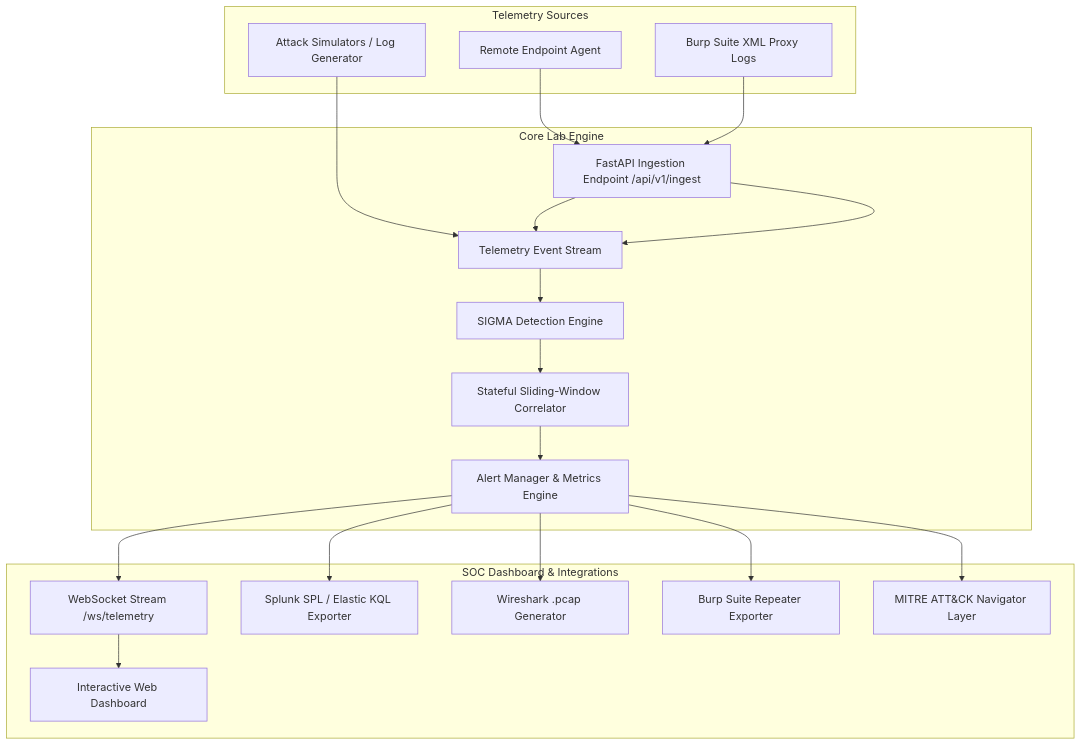
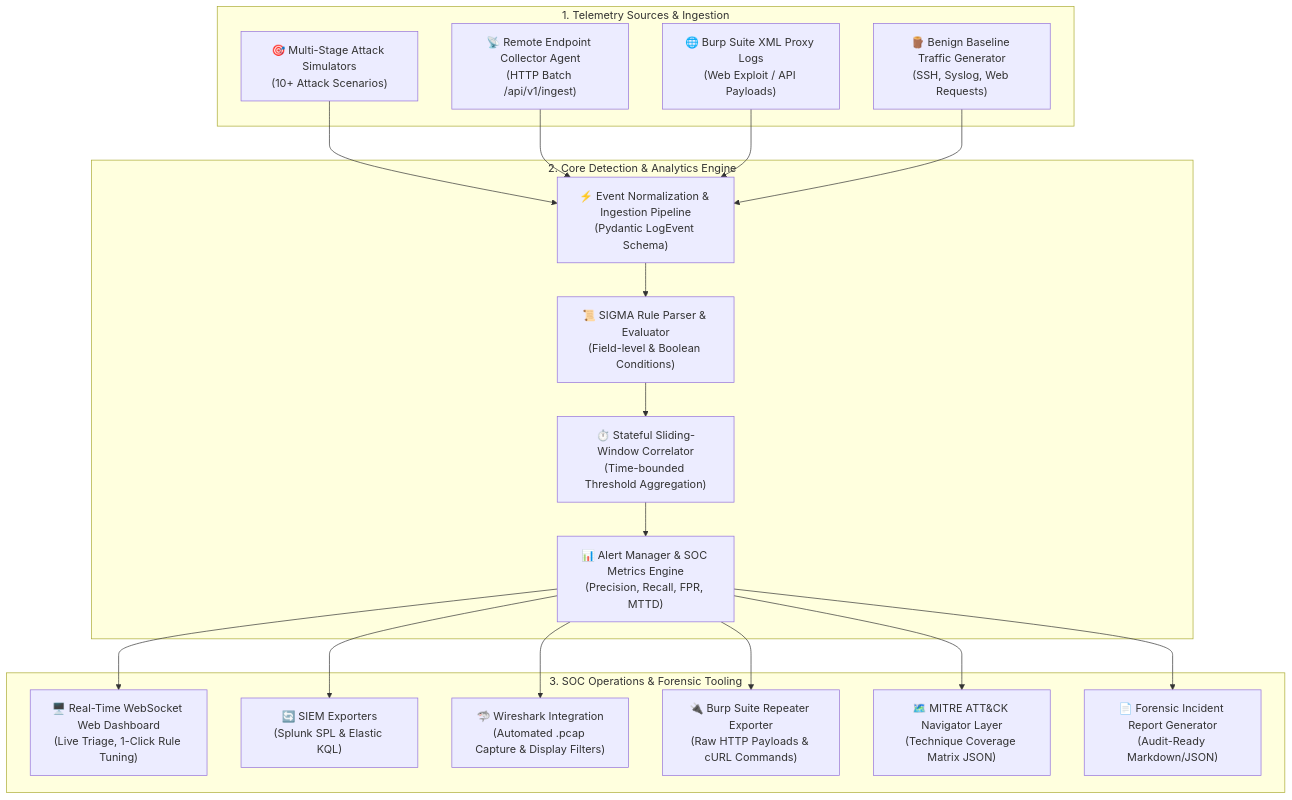
Before and after one commit to kaushalhemant/soc-telemetry-detection-lab: the diagram in README.md, drawn with Mermaid. The commit also changed other lines of this file and 11 other files, not shown here.

Commit message:
feat: add universal live telemetry bridge CLI, real-time client device acquisition, and updated quickstart

````diff
--- a/README.md
+++ b/README.md
@@ -30,35 +15,39 @@
 ```mermaid
 flowchart TD
-    subgraph Telemetry Sources
-        A1[Attack Simulators / Log Generator]
-        A2[Remote Endpoint Agent]
-        A3[Burp Suite XML Proxy Logs]
+    subgraph Telemetry Sources ["1. Telemetry Sources & Ingestion"]
+        A1["🎯 Multi-Stage Attack Simulators<br/>(10+ Attack Scenarios)"]
+        A2["📡 Remote Endpoint Collector Agent<br/>(HTTP Batch /api/v1/ingest)"]
+        A3["🌐 Burp Suite XML Proxy Logs<br/>(Web Exploit / API Payloads)"]
+        A4["🪵 Benign Baseline Traffic Generator<br/>(SSH, Syslog, Web Requests)"]
     end
 
-    subgraph Core Lab Engine
-        B1[FastAPI Ingestion Endpoint /api/v1/ingest]
-        B2[Telemetry Event Stream]
-        B3[SIGMA Detection Engine]
-        B4[Stateful Sliding-Window Correlator]
-        B5[Alert Manager & Metrics Engine]
+    subgraph Core Engine ["2. Core Detection & Analytics Engine"]
+        B1["⚡ Event Normalization & Ingestion Pipeline<br/>(Pydantic LogEvent Schema)"]
+        B2["📜 SIGMA Rule Parser & Evaluator<br/>(Field-level & Boolean Conditions)"]
+        B3["⏱️ Stateful Sliding-Window Correlator<br/>(Time-bounded Threshold Aggregation)"]
+        B4["📊 Alert Manager & SOC Metrics Engine<br/>(Precision, Recall, FPR, MTTD)"]
     end
 
-    subgraph SOC Dashboard & Integrations
-        C1[WebSocket Stream /ws/telemetry]
-        C2[Interactive Web Dashboard]
-        C3[Splunk SPL / Elastic KQL Exporter]
-        C4[Wireshark .pcap Generator]
-        C5[Burp Suite Repeater Exporter]
-        C6[MITRE ATT&CK Navigator Layer]
+    subgraph Analyst Tooling ["3. SOC Operations & Forensic Tooling"]
+        C1["🖥️ Real-Time WebSocket Web Dashboard<br/>(Live Triage, 1-Click Rule Tuning)"]
+        C2["🔄 SIEM Exporters<br/>(Splunk SPL & Elastic KQL)"]
+        C3["🦈 Wireshark Integration<br/>(Automated .pcap Capture & Display Filters)"]
+        C4["🔌 Burp Suite Repeater Exporter<br/>(Raw HTTP Payloads & cURL Commands)"]
+        C5["🗺️ MITRE ATT&CK Navigator Layer<br/>(Technique Coverage Matrix JSON)"]
+        C6["📄 Forensic Incident Report Generator<br/>(Audit-Ready Markdown/JSON)"]
     end
 
-    A1 --> B2
-    A2 --> B1 --> B2
-    A3 --> B1 --> B2
-    B2 --> B3 --> B4 --> B5
-    B5 --> C1 --> C2
-    B5 --> C3
-    B5 --> C4
-    B5 --> C5
-    B5 --> C6
+    A1 --> B1
+    A2 --> B1
+    A3 --> B1
+    A4 --> B1
+    B1 --> B2
+    B2 --> B3
+    B3 --> B4
+    B4 --> C1
+    B4 --> C2
+    B4 --> C3
+    B4 --> C4
+    B4 --> C5
+    B4 --> C6
 ```
````
